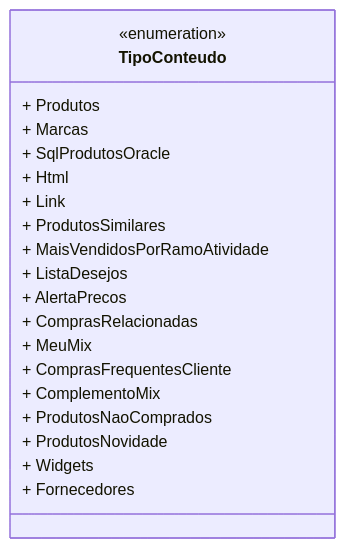
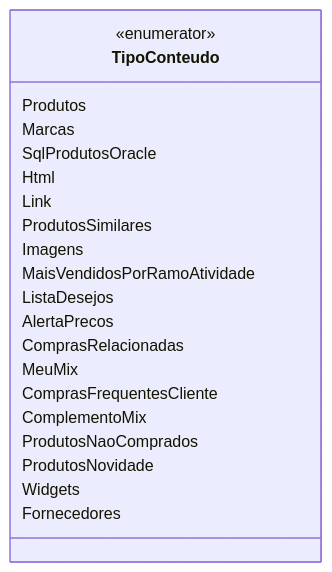
Before and after one commit to IsthmusSistemas/documentacao-tecnica: the diagram in docs/b2b-dominio/IsthmusWinthor.Nucleo/IsthmusWinthor.Dominio/Enumeradores/TipoConteudo.md, drawn with Mermaid. The commit also changed other lines of this file and 882 other files, not shown here.

````diff
--- a/docs/b2b-dominio/IsthmusWinthor.Nucleo/IsthmusWinthor.Dominio/Enumeradores/TipoConteudo.md
+++ b/docs/b2b-dominio/IsthmusWinthor.Nucleo/IsthmusWinthor.Dominio/Enumeradores/TipoConteudo.md
@@ -22,23 +27,24 @@
 ```mermaid
 classDiagram
     class TipoConteudo {
-        <<enumeration>>
-        + Produtos
-        + Marcas
-        + SqlProdutosOracle
-        + Html
-        + Link
-        + ProdutosSimilares
-        + MaisVendidosPorRamoAtividade
-        + ListaDesejos
-        + AlertaPrecos
-        + ComprasRelacionadas
-        + MeuMix
-        + ComprasFrequentesCliente
-        + ComplementoMix
-        + ProdutosNaoComprados
-        + ProdutosNovidade
-        + Widgets
-        + Fornecedores
+      <<enumerator>>
+      Produtos
+      Marcas
+      SqlProdutosOracle
+      Html
+      Link
+      ProdutosSimilares
+      Imagens
+      MaisVendidosPorRamoAtividade
+      ListaDesejos
+      AlertaPrecos
+      ComprasRelacionadas
+      MeuMix
+      ComprasFrequentesCliente
+      ComplementoMix
+      ProdutosNaoComprados
+      ProdutosNovidade
+      Widgets
+      Fornecedores
     }
 ```
````
